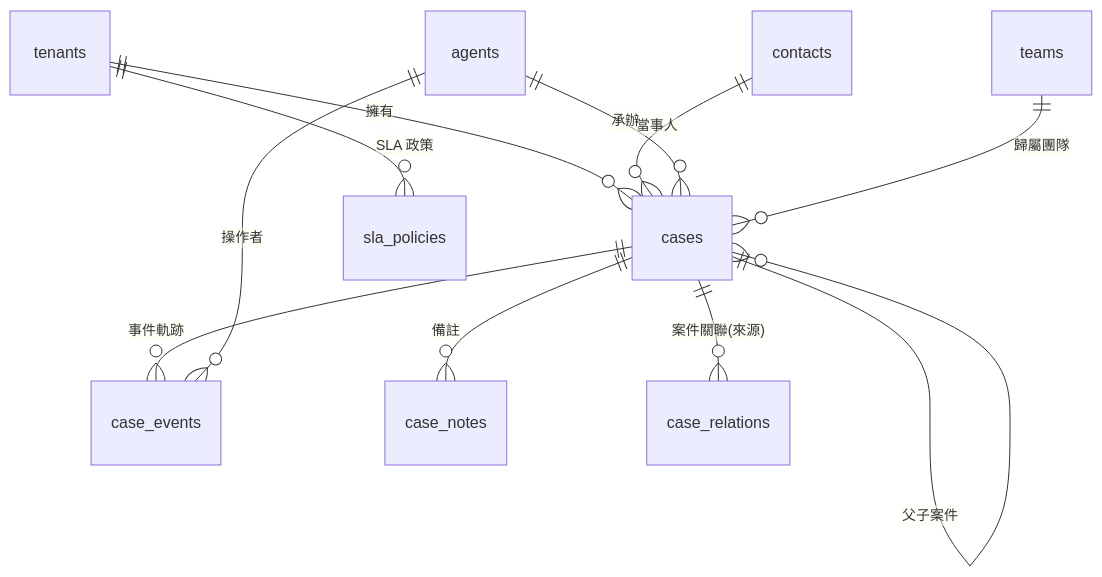
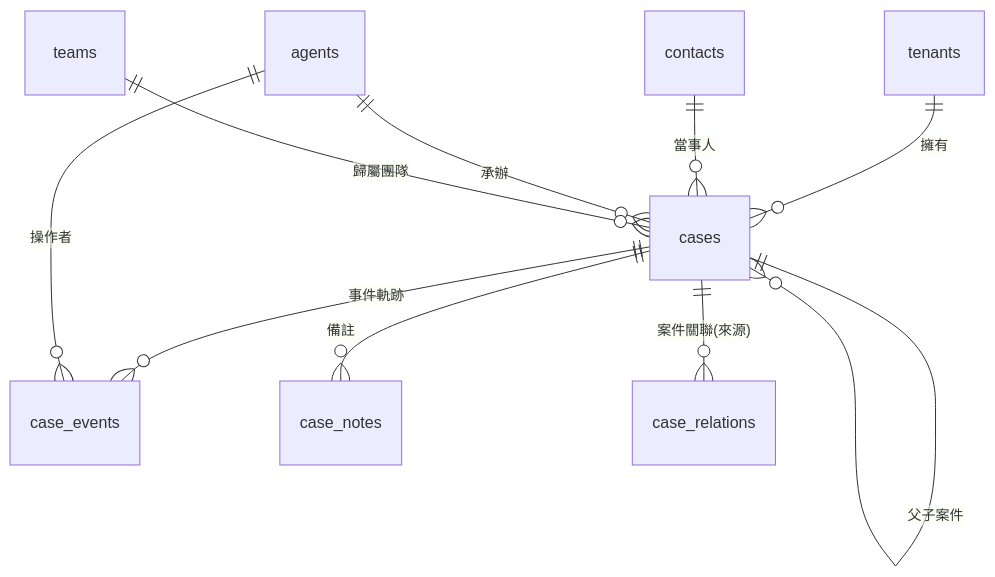
The seventh of 14 diagrams in docs/ref/DATABASE-ERD.md (CreateIntelligens/open333crm), drawn with Mermaid before and after one commit. The commit also changed other lines of this file, not shown here.

First line of the commit message:
docs: 修正 ERD 三處與 schema 不符

````diff
--- a/docs/ref/DATABASE-ERD.md
+++ b/docs/ref/DATABASE-ERD.md
@@ -195,13 +195,12 @@
 ```mermaid
 erDiagram
     tenants ||--o{ cases : "擁有"
     contacts ||--o{ cases : "當事人"
     agents ||--o{ cases : "承辦"
     teams ||--o{ cases : "歸屬團隊"
     cases ||--o{ cases : "父子案件"
     cases ||--o{ case_events : "事件軌跡"
     agents ||--o{ case_events : "操作者"
     cases ||--o{ case_notes : "備註"
     cases ||--o{ case_relations : "案件關聯(來源)"
-    tenants ||--o{ sla_policies : "SLA 政策"
 ```
````
